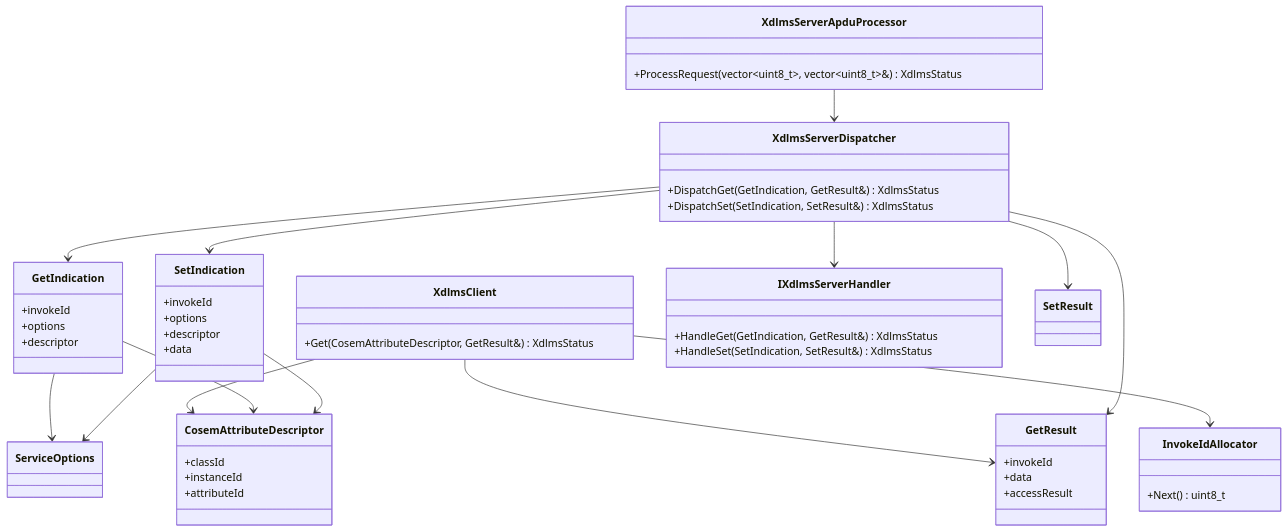
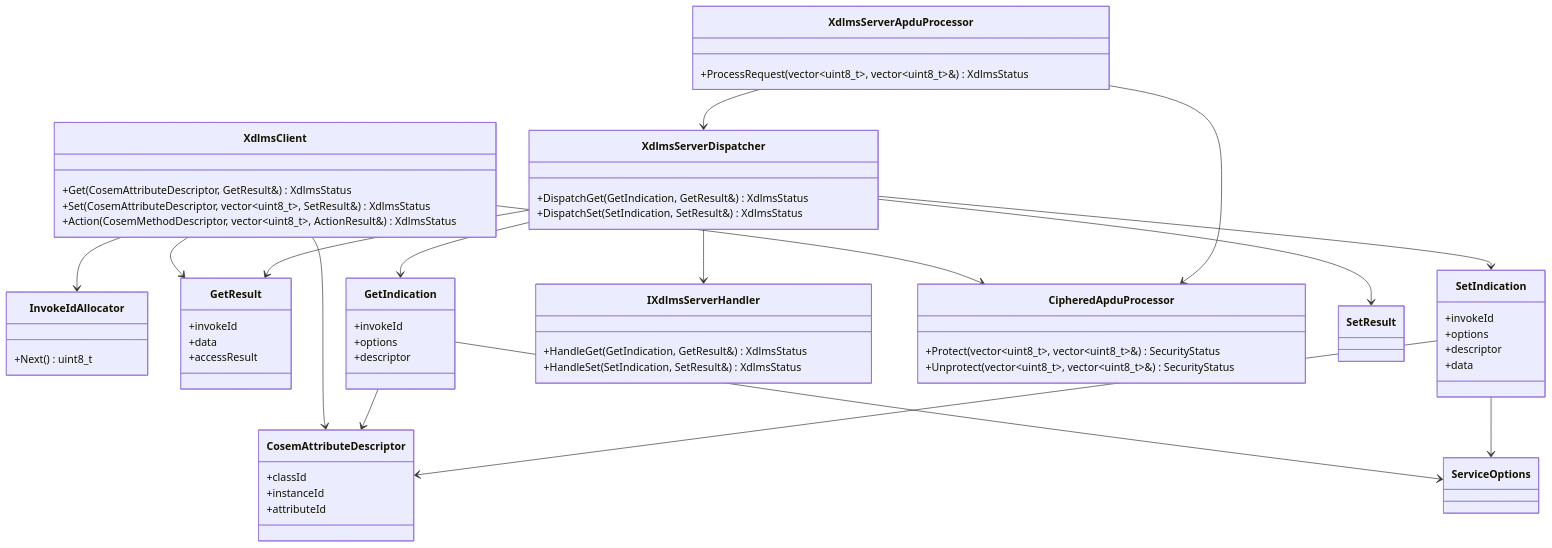
One commit to gvtret/dlms-xdlms changed the diagram in docs/01_xdlms_api.md. Above: the diagram before and after it, drawn with Mermaid. The commit also changed other lines of this file and 5 other files, not shown here.

First line of the commit message:
docs(xdlms): define security apdu boundary

````diff
--- a/docs/01_xdlms_api.md
+++ b/docs/01_xdlms_api.md
@@ -193,63 +209,72 @@
 ```mermaid
 classDiagram
   class XdlmsClient {
     +Get(CosemAttributeDescriptor, GetResult&) XdlmsStatus
+    +Set(CosemAttributeDescriptor, vector~uint8_t~, SetResult&) XdlmsStatus
+    +Action(CosemMethodDescriptor, vector~uint8_t~, ActionResult&) XdlmsStatus
   }
 
   class InvokeIdAllocator {
     +Next() uint8_t
   }
 
   class CosemAttributeDescriptor {
     +classId
     +instanceId
     +attributeId
   }
 
   class GetResult {
     +invokeId
     +data
     +accessResult
   }
 
   class GetIndication {
     +invokeId
     +options
     +descriptor
   }
 
   class SetIndication {
     +invokeId
     +options
     +descriptor
     +data
   }
 
   class IXdlmsServerHandler {
     +HandleGet(GetIndication, GetResult&) XdlmsStatus
     +HandleSet(SetIndication, SetResult&) XdlmsStatus
   }
 
   class XdlmsServerDispatcher {
     +DispatchGet(GetIndication, GetResult&) XdlmsStatus
     +DispatchSet(SetIndication, SetResult&) XdlmsStatus
   }
 
   class XdlmsServerApduProcessor {
     +ProcessRequest(vector~uint8_t~, vector~uint8_t~&) XdlmsStatus
   }
 
+  class CipheredApduProcessor {
+    +Protect(vector~uint8_t~, vector~uint8_t~&) SecurityStatus
+    +Unprotect(vector~uint8_t~, vector~uint8_t~&) SecurityStatus
+  }
+
   XdlmsClient --> InvokeIdAllocator
   XdlmsClient --> CosemAttributeDescriptor
   XdlmsClient --> GetResult
   GetIndication --> ServiceOptions
   GetIndication --> CosemAttributeDescriptor
   SetIndication --> ServiceOptions
   SetIndication --> CosemAttributeDescriptor
   XdlmsServerDispatcher --> IXdlmsServerHandler
   XdlmsServerDispatcher --> GetIndication
   XdlmsServerDispatcher --> GetResult
   XdlmsServerDispatcher --> SetIndication
   XdlmsServerDispatcher --> SetResult
   XdlmsServerApduProcessor --> XdlmsServerDispatcher
+  XdlmsClient --> CipheredApduProcessor
+  XdlmsServerApduProcessor --> CipheredApduProcessor
 ```
````
